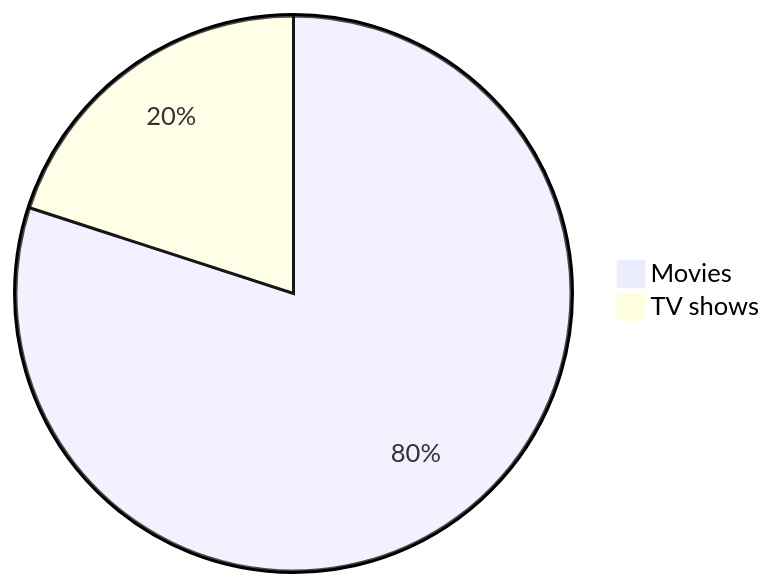
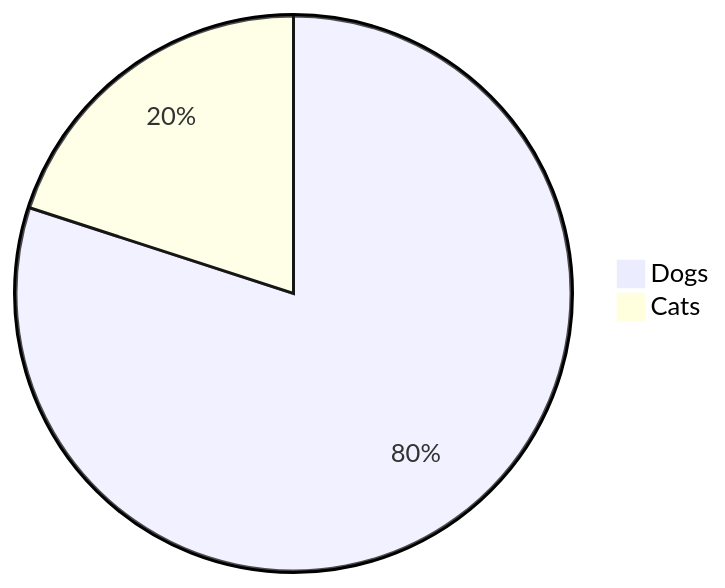
Before and after one commit to Loris-Moreau/Git-Workflow: the diagram in Workflows/ReadMeWorkFlow.md, drawn with Mermaid. The commit also changed other lines of this file, not shown here.

````diff
--- a/Workflows/ReadMeWorkFlow.md
+++ b/Workflows/ReadMeWorkFlow.md
@@ -771,5 +771,5 @@
 ```mermaid
 pie
-"Movies" : 80
-"TV shows" : 20
+"Dogs" : 80
+"Cats" : 20
 ```
````
